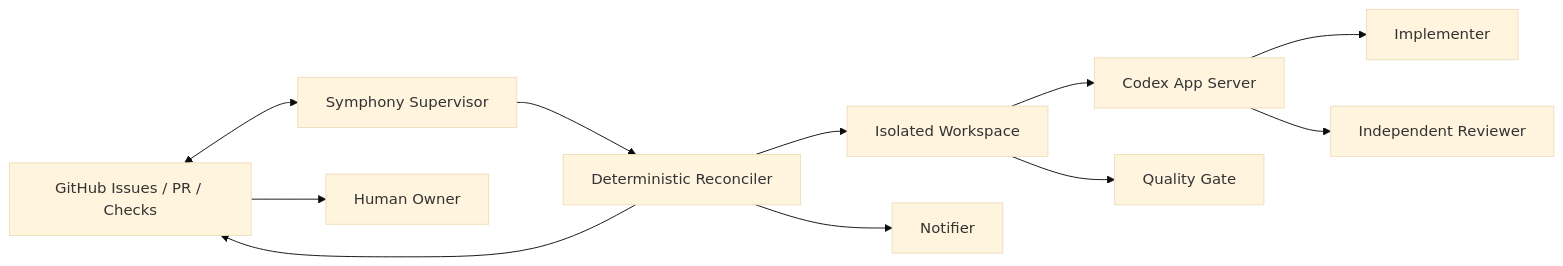
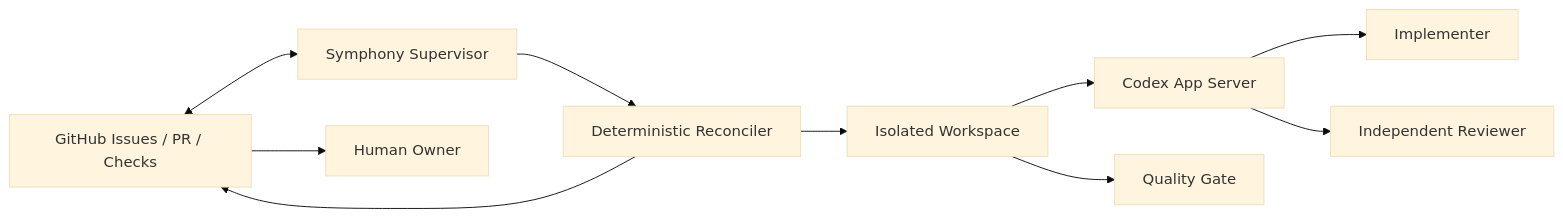
One commit to ddd-mall/j-store changed the first of 2 diagrams in docs/spec/agentic-cicd/design.md. Above: the diagram before and after it, drawn with Mermaid (base theme). The commit also changed other lines of this file and 69 other files, not shown here.

````diff
--- a/docs/spec/agentic-cicd/design.md
+++ b/docs/spec/agentic-cicd/design.md
@@ -14,24 +14,22 @@
 ```mermaid
 flowchart LR
     GH["GitHub Issues / PR / Checks"]
     SUP["Symphony Supervisor"]
     REC["Deterministic Reconciler"]
     WS["Isolated Workspace"]
     APP["Codex App Server"]
     IMP["Implementer"]
     REV["Independent Reviewer"]
     QG["Quality Gate"]
-    MAIL["Notifier"]
     HUMAN["Human Owner"]
 
     GH <--> SUP
     SUP --> REC
     REC --> WS
     WS --> APP
     APP --> IMP
     APP --> REV
     WS --> QG
     REC --> GH
-    REC --> MAIL
     GH --> HUMAN
 ```
````
